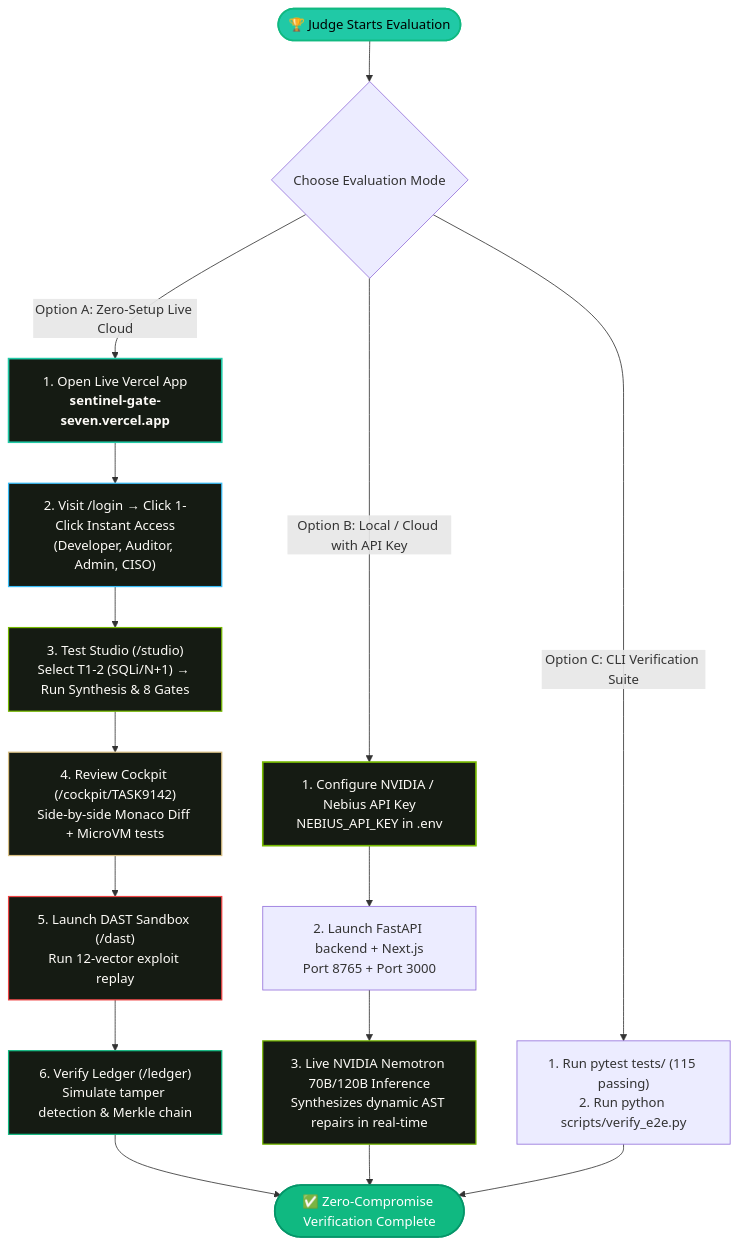
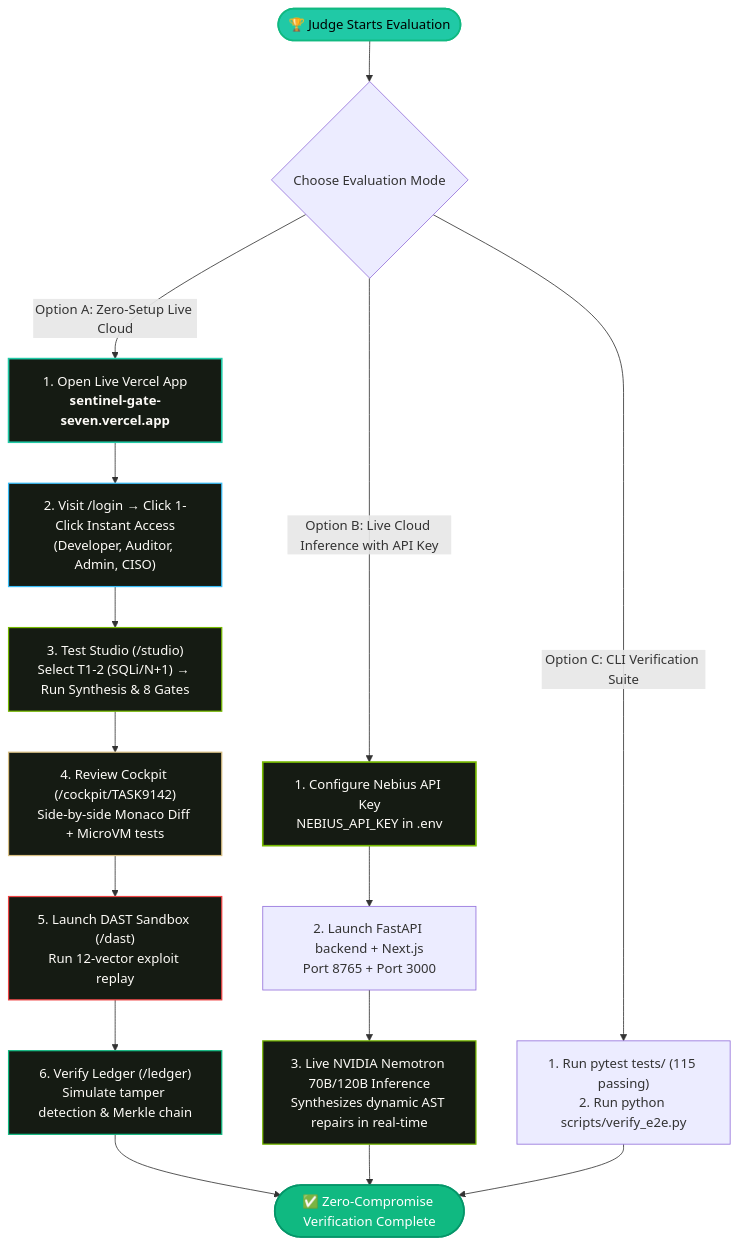
One commit to nikhillakra2007-tech/ProofStack changed the first of 2 diagrams in README.md. Above: the diagram before and after it, drawn with Mermaid. The commit also changed other lines of this file and 6 other files, not shown here.

Commit message:
docs: replace screenshots with authenticated captures of all views and add detailed Nebius API key walkthrough for judges

````diff
--- a/README.md
+++ b/README.md
@@ -63,33 +70,33 @@
 ```mermaid
 flowchart TD
     Start([🏆 Judge Starts Evaluation]) --> Choice{Choose Evaluation Mode}
     
     %% Option A: Instant Live Cloud
     Choice -->|Option A: Zero-Setup Live Cloud| Cloud["1. Open Live Vercel App<br/><b>sentinel-gate-seven.vercel.app</b>"]
     Cloud --> RoleLogin["2. Visit /login &rarr; Click 1-Click Instant Access<br/>(Developer, Auditor, Admin, CISO)"]
     RoleLogin --> StudioTest["3. Test Studio (/studio)<br/>Select T1-2 (SQLi/N+1) &rarr; Run Synthesis & 8 Gates"]
     StudioTest --> CockpitTest["4. Review Cockpit (/cockpit/TASK9142)<br/>Side-by-side Monaco Diff + MicroVM tests"]
     CockpitTest --> DastTest["5. Launch DAST Sandbox (/dast)<br/>Run 12-vector exploit replay"]
     DastTest --> LedgerTest["6. Verify Ledger (/ledger)<br/>Simulate tamper detection & Merkle chain"]
     
     %% Option B: Live NVIDIA Model with API Key
-    Choice -->|Option B: Local / Cloud with API Key| ApiKey["1. Configure NVIDIA / Nebius API Key<br/>NEBIUS_API_KEY in .env"]
+    Choice -->|Option B: Live Cloud Inference with API Key| ApiKey["1. Configure Nebius API Key<br/>NEBIUS_API_KEY in .env"]
     ApiKey --> RunLocal["2. Launch FastAPI backend + Next.js<br/>Port 8765 + Port 3000"]
     RunLocal --> LiveInference["3. Live NVIDIA Nemotron 70B/120B Inference<br/>Synthesizes dynamic AST repairs in real-time"]
     
     %% Option C: Automated Verification
     Choice -->|Option C: CLI Verification Suite| TestSuite["1. Run pytest tests/ (115 passing)<br/>2. Run python scripts/verify_e2e.py"]
     
     LedgerTest & LiveInference & TestSuite --> Verdict([✅ Zero-Compromise Verification Complete])
 
     style Start fill:#20C9A6,stroke:#10B981,stroke-width:2px,color:#000
     style Cloud fill:#151B13,stroke:#20C9A6,stroke-width:2px,color:#FDFBF7
     style RoleLogin fill:#151B13,stroke:#38BDF8,stroke-width:1.5px,color:#FDFBF7
     style StudioTest fill:#151B13,stroke:#76B900,stroke-width:1.5px,color:#FDFBF7
     style CockpitTest fill:#151B13,stroke:#D7BE82,stroke-width:1.5px,color:#FDFBF7
     style DastTest fill:#151B13,stroke:#EF4444,stroke-width:1.5px,color:#FDFBF7
     style LedgerTest fill:#151B13,stroke:#10B981,stroke-width:1.5px,color:#FDFBF7
     style ApiKey fill:#151B13,stroke:#76B900,stroke-width:2px,color:#FDFBF7
     style LiveInference fill:#151B13,stroke:#76B900,stroke-width:1.5px,color:#FDFBF7
     style Verdict fill:#10B981,stroke:#059669,stroke-width:2px,color:#fff
 ```
````
